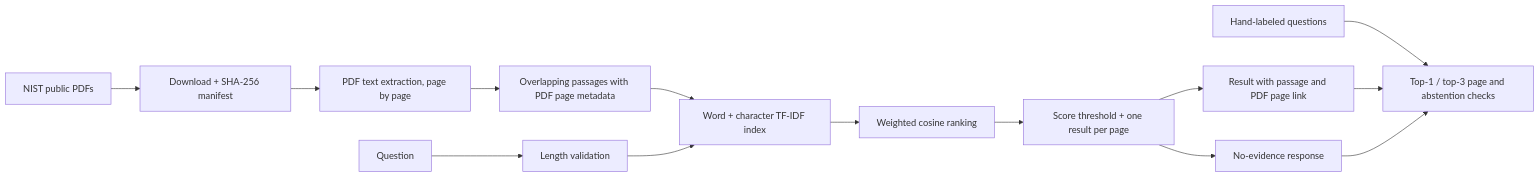
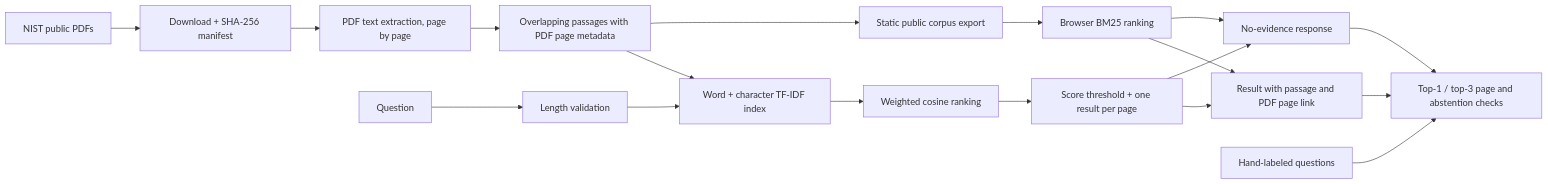
The diagram in docs/ARCHITECTURE.md (Om7203/evidence-desk), drawn with Mermaid before and after one commit. The commit also changed other lines of this file and 12 other files, not shown here.

````diff
--- a/docs/ARCHITECTURE.md
+++ b/docs/ARCHITECTURE.md
@@ -3,16 +3,20 @@
 ```mermaid
 flowchart LR
   A[NIST public PDFs] --> B[Download + SHA-256 manifest]
   B --> C[PDF text extraction, page by page]
   C --> D[Overlapping passages with PDF page metadata]
   D --> E[Word + character TF-IDF index]
+  D --> S[Static public corpus export]
+  S --> J[Browser BM25 ranking]
   Q[Question] --> V[Length validation]
   V --> E
   E --> R[Weighted cosine ranking]
   R --> T[Score threshold + one result per page]
   T --> U[Result with passage and PDF page link]
   T --> X[No-evidence response]
+  J --> U
+  J --> X
   L[Hand-labeled questions] --> M[Top-1 / top-3 page and abstention checks]
   U --> M
   X --> M
 ```
````
